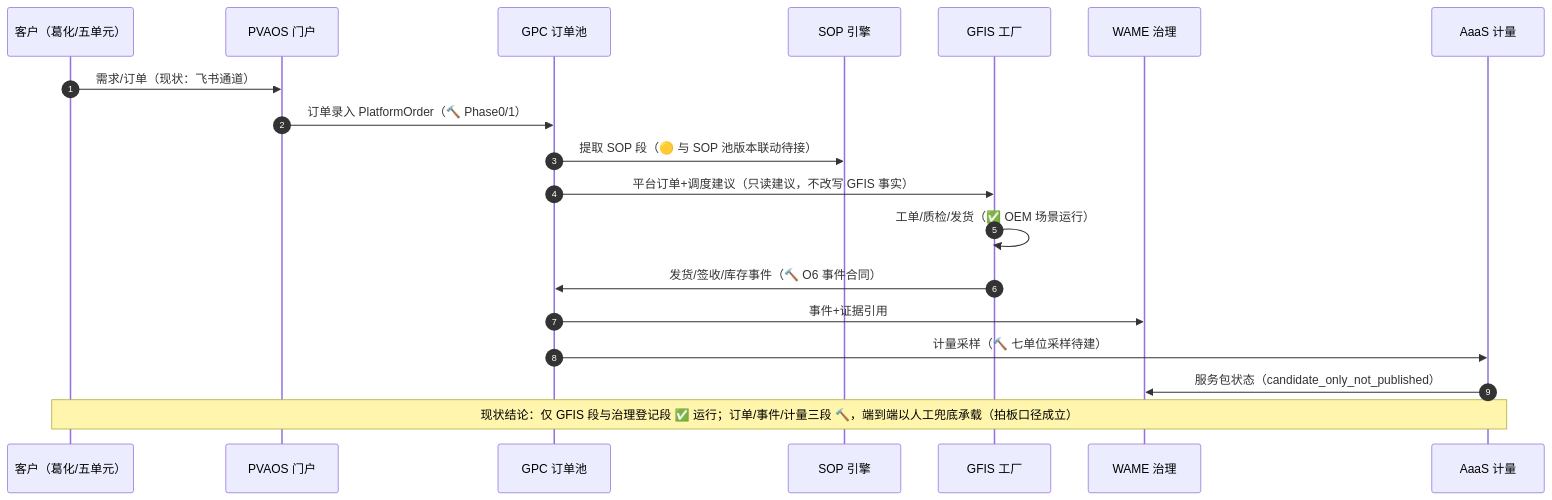
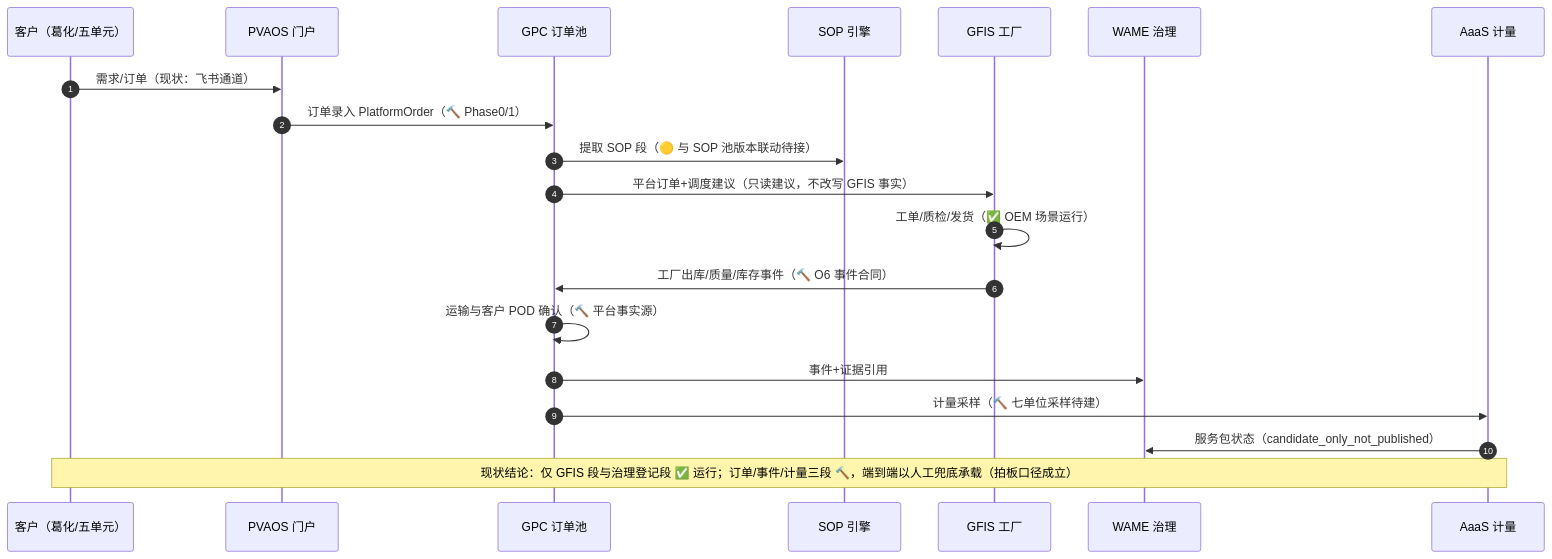
One commit to Jiumilu/GCGPCF changed the second of 3 diagrams in .kds/development-space/开发/90-跨项目架构/01-architecture/GlobalCloud项目群架构深化分析_v1.0.md. Above: the diagram before and after it, drawn with Mermaid. The commit also changed other lines of this file and 605 other files, not shown here.

````diff
--- a/.kds/development-space/开发/90-跨项目架构/01-architecture/GlobalCloud项目群架构深化分析_v1.0.md
+++ b/.kds/development-space/开发/90-跨项目架构/01-architecture/GlobalCloud项目群架构深化分析_v1.0.md
@@ -163,21 +163,22 @@
 ```mermaid
 sequenceDiagram
   autonumber
   participant C as 客户（葛化/五单元）
   participant PV as PVAOS 门户
   participant GP as GPC 订单池
   participant SO as SOP 引擎
   participant GF as GFIS 工厂
   participant WM as WAME 治理
   participant AA as AaaS 计量
   C->>PV: 需求/订单（现状：飞书通道）
   PV->>GP: 订单录入 PlatformOrder（🔨 Phase0/1）
   GP->>SO: 提取 SOP 段（🟡 与 SOP 池版本联动待接）
   GP->>GF: 平台订单+调度建议（只读建议，不改写 GFIS 事实）
   GF->>GF: 工单/质检/发货（✅ OEM 场景运行）
-  GF->>GP: 发货/签收/库存事件（🔨 O6 事件合同）
+  GF->>GP: 工厂出库/质量/库存事件（🔨 O6 事件合同）
+  GP->>GP: 运输与客户 POD 确认（🔨 平台事实源）
   GP->>WM: 事件+证据引用
   GP->>AA: 计量采样（🔨 七单位采样待建）
   AA->>WM: 服务包状态（candidate_only_not_published）
   Note over C,AA: 现状结论：仅 GFIS 段与治理登记段 ✅ 运行；订单/事件/计量三段 🔨，端到端以人工兜底承载（拍板口径成立）
 ```
````
